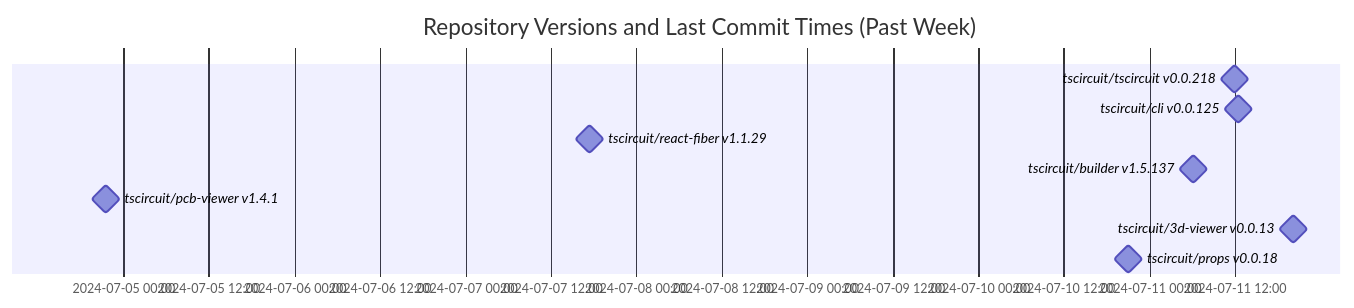
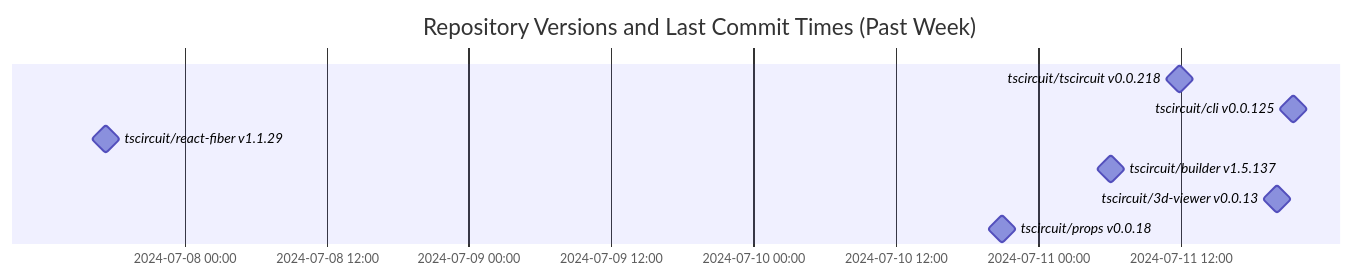
Before and after one commit to tscircuit/version-tracker: the diagram in README.md, drawn with Mermaid.

Commit message:
Update chart

````diff
--- a/README.md
+++ b/README.md
@@ -1,14 +1,13 @@
 ```mermaid
 gantt
   dateFormat  YYYY-MM-DD HH:mm:ss
   title Repository Versions and Last Commit Times (Past Week)
   axisFormat %Y-%m-%d %H:%M
 
   tscircuit/tscircuit v0.0.218 : milestone, 2024-07-11 11:58:00, 1s
-  tscircuit/cli v0.0.125 : milestone, 2024-07-11 12:30:21, 1s
+  tscircuit/cli v0.0.125 : milestone, 2024-07-11 21:32:25, 1s
   tscircuit/react-fiber v1.1.29 : milestone, 2024-07-07 17:23:26, 1s
   tscircuit/builder v1.5.137 : milestone, 2024-07-11 06:10:19, 1s
-  tscircuit/pcb-viewer v1.4.1 : milestone, 2024-07-04 21:31:51, 1s
   tscircuit/3d-viewer v0.0.13 : milestone, 2024-07-11 20:12:35, 1s
   tscircuit/props v0.0.18 : milestone, 2024-07-10 20:59:29, 1s
 ```
````
